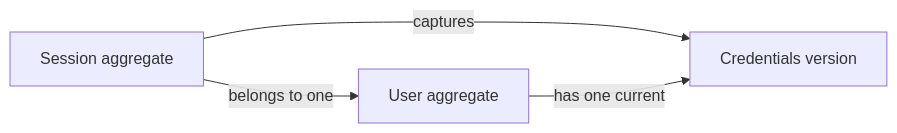
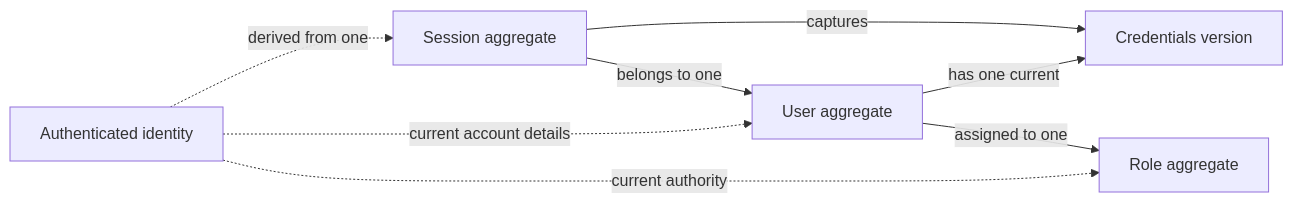
One commit to radynsade/faryengo changed the diagram in docs/domain/security.md. Above: the diagram before and after it, drawn with Mermaid. The commit also changed other lines of this file and 71 other files, not shown here.

````diff
--- a/docs/domain/security.md
+++ b/docs/domain/security.md
@@ -15,6 +16,10 @@
 ```mermaid
 flowchart LR
     Session[Session aggregate] -->|belongs to one| User[User aggregate]
     Session -->|captures| Version[Credentials version]
     User -->|has one current| Version
+    User -->|assigned to one| Role[Role aggregate]
+    Identity[Authenticated identity] -.->|derived from one| Session
+    Identity -.->|current account details| User
+    Identity -.->|current authority| Role
 ```
````
